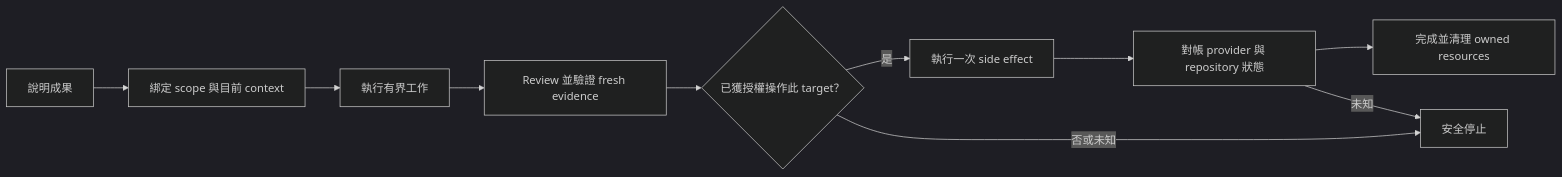
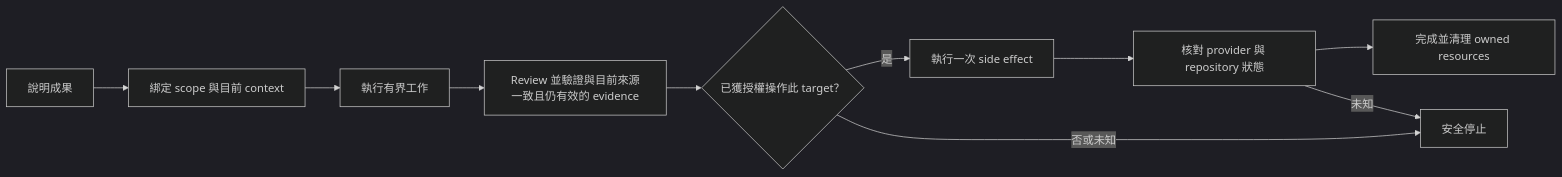
Before and after one commit to stephen-taipei/better-workflows: the diagram in docs/README.zh-TW.md, drawn with Mermaid (dark theme). The commit also changed other lines of this file and 83 other files, not shown here.

````diff
--- a/docs/README.zh-TW.md
+++ b/docs/README.zh-TW.md
@@ -122,12 +122,12 @@
 ```mermaid
 flowchart LR
   A["說明成果"] --> B["綁定 scope 與目前 context"]
   B --> C["執行有界工作"]
-  C --> D["Review 並驗證 fresh evidence"]
+  C --> D["Review 並驗證與目前來源一致且仍有效的 evidence"]
   D --> E{"已獲授權操作此 target？"}
   E -- "是" --> F["執行一次 side effect"]
-  F --> G["對帳 provider 與 repository 狀態"]
+  F --> G["核對 provider 與 repository 狀態"]
   G --> H["完成並清理 owned resources"]
   E -- "否或未知" --> I["安全停止"]
   G -- "未知" --> I
 ```
````
